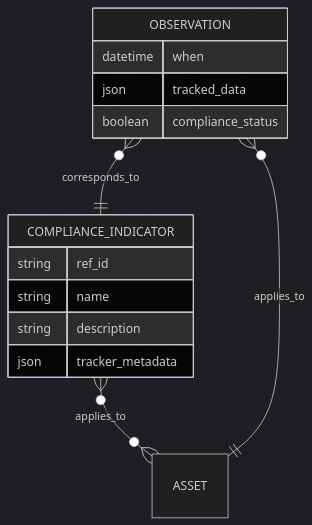
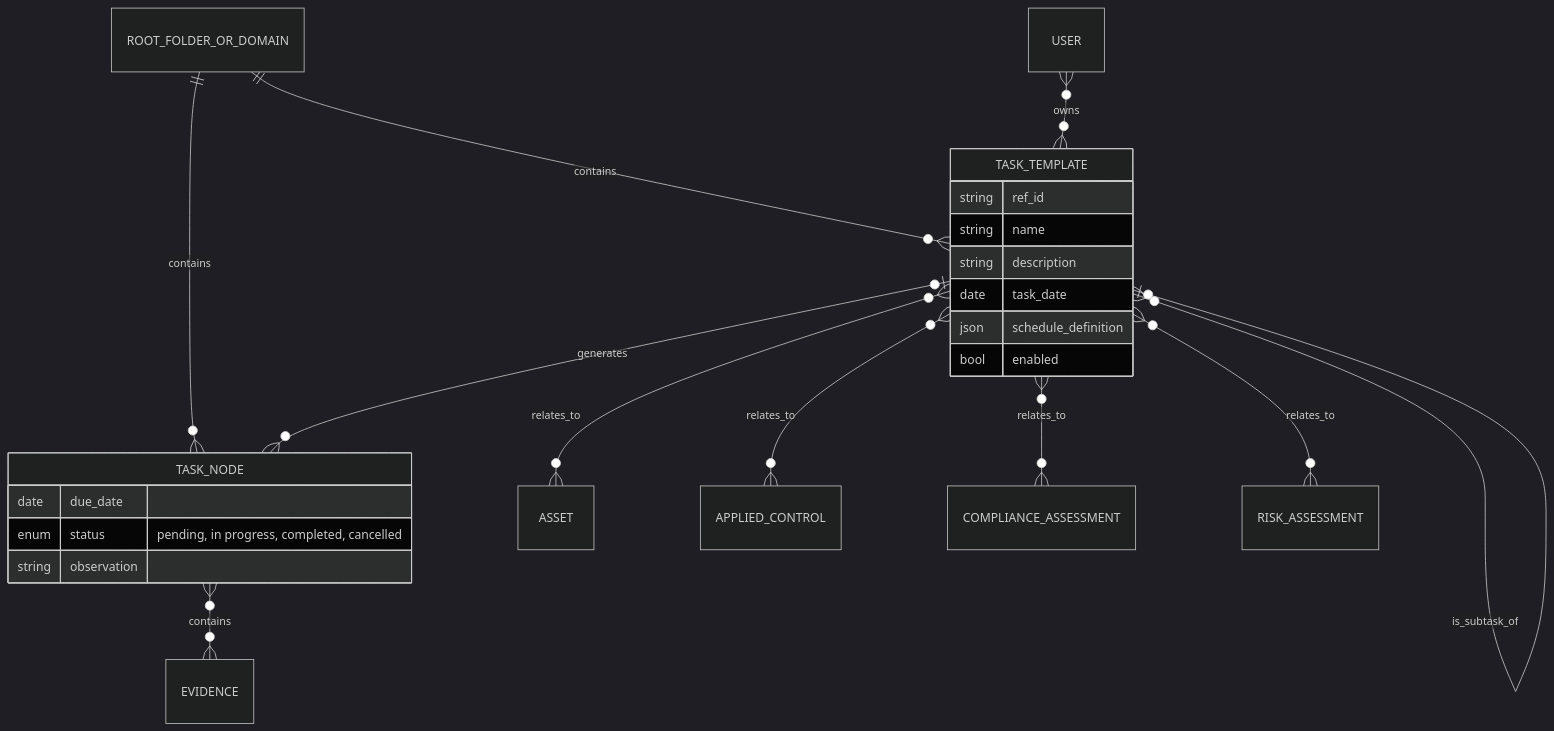
Before and after one commit to intuitem/ciso-assistant-community: diagram 13 of 13 in documentation/architecture/data-model.md, drawn with Mermaid (dark theme). The commit also changed other lines of this file and 47 other files, not shown here.

````diff
--- a/documentation/architecture/data-model.md
+++ b/documentation/architecture/data-model.md
@@ -1604,20 +1603,30 @@
 ```mermaid
 erDiagram
 
-    COMPLIANCE_INDICATOR          }o--o{ ASSET                : applies_to
-    OBSERVATION                   }o--|| ASSET                : applies_to
-    OBSERVATION                   }o--|| COMPLIANCE_INDICATOR : corresponds_to
- 
-    COMPLIANCE_INDICATOR {
-        string ref_id
-        string name
-        string description
-        json   tracker_metadata
-    }
+ROOT_FOLDER_OR_DOMAIN ||--o{ TASK_TEMPLATE         : contains
+ROOT_FOLDER_OR_DOMAIN ||--o{ TASK_NODE             : contains
+TASK_TEMPLATE         |o--o{ TASK_NODE             : generates
+USER                  }o--o{ TASK_TEMPLATE         : owns
+TASK_TEMPLATE         }o--o| TASK_TEMPLATE         : is_subtask_of
+TASK_TEMPLATE         }o--o{ ASSET                 : relates_to
+TASK_TEMPLATE         }o--o{ APPLIED_CONTROL       : relates_to
+TASK_TEMPLATE         }o--o{ COMPLIANCE_ASSESSMENT : relates_to
+TASK_TEMPLATE         }o--o{ RISK_ASSESSMENT       : relates_to
+TASK_NODE             }o--o{ EVIDENCE              : contains
 
-    OBSERVATION {
-        datetime when
-        json     tracked_data
-        boolean  compliance_status
-    }
+TASK_TEMPLATE {
+    string ref_id
+    string name
+    string description
+
+    date   task_date
+    json   schedule_definition
+    bool   enabled
+}
+
+TASK_NODE {
+    date   due_date
+    enum   status "pending, in progress, completed, cancelled"
+    string observation
+}
 ```
````
